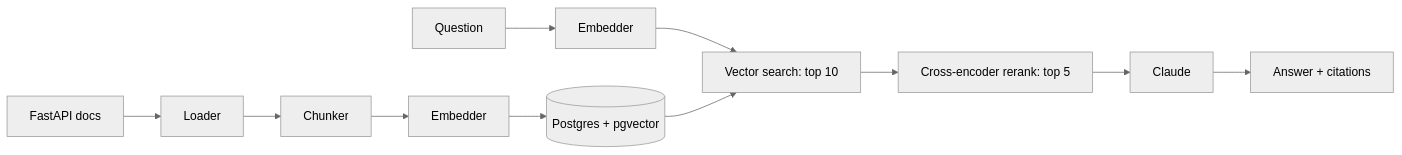
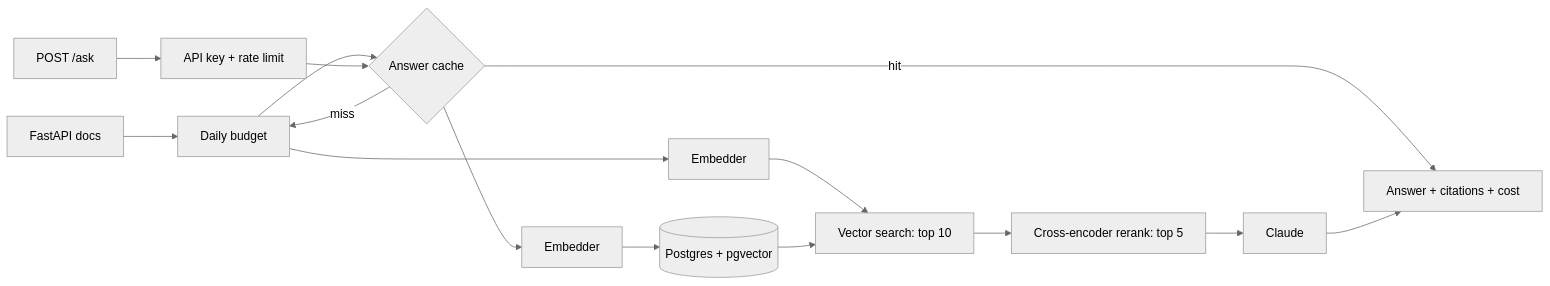
Before and after one commit to idosi/rag-in-production: the diagram in README.md, drawn with Mermaid (neutral theme). The commit also changed other lines of this file and 1 other file, not shown here.

First line of the commit message:
README: production layers, free-model results, step 3 sub-steps; .env.example: cost settings

````diff
--- a/README.md
+++ b/README.md
@@ -7,7 +7,9 @@
 ```mermaid
 flowchart LR
   A[FastAPI docs] --> B[Loader] --> C[Chunker] --> D[Embedder] --> E[(Postgres + pgvector)]
-  Q[Question] --> QE[Embedder] --> S[Vector search: top 10]
+  Q[POST /ask] --> P[API key + rate limit] --> C{Answer cache}
+  C -- hit --> R
+  C -- miss --> B[Daily budget] --> QE[Embedder] --> S[Vector search: top 10]
   E --> S
-  S --> X[Cross-encoder rerank: top 5] --> G[Claude] --> R[Answer + citations]
+  S --> X[Cross-encoder rerank: top 5] --> G[Claude] --> R[Answer + citations + cost]
 ```
````
